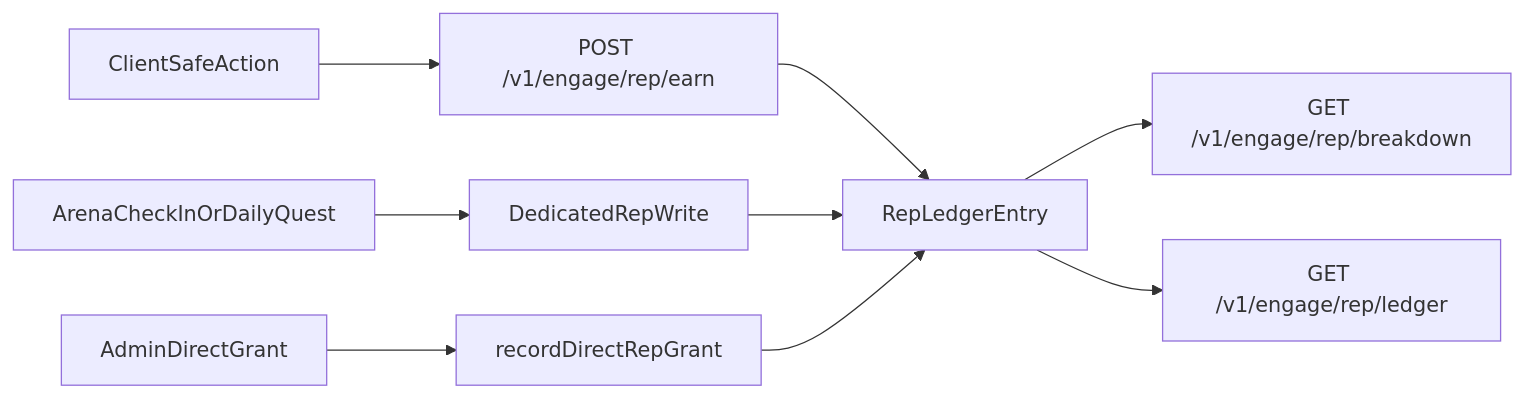
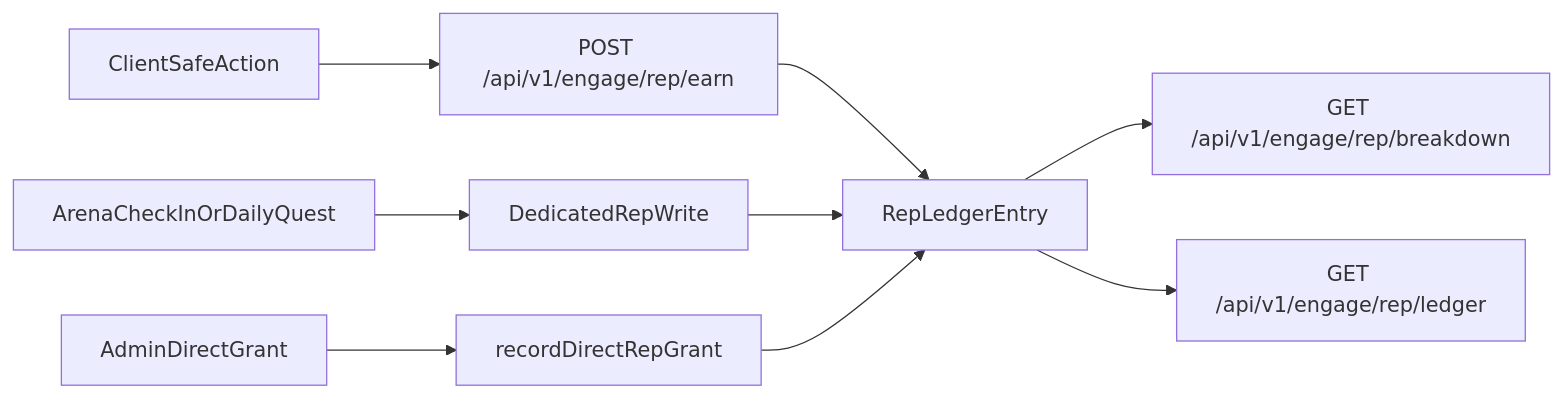
Before and after one commit to D-Sports-Ecosystem/docs: the diagram in repositories/d-sports-api/fan-rep/architecture.mdx, drawn with Mermaid. The commit also changed 35 other files, not shown here.

````diff
--- a/repositories/d-sports-api/fan-rep/architecture.mdx
+++ b/repositories/d-sports-api/fan-rep/architecture.mdx
@@ -42,11 +42,11 @@
 ```mermaid
 flowchart LR
-  clientAction[ClientSafeAction] --> earnRoute[POST /v1/engage/rep/earn]
+  clientAction[ClientSafeAction] --> earnRoute[POST /api/v1/engage/rep/earn]
   dedicatedRoute[ArenaCheckInOrDailyQuest] --> dedicatedWrite[DedicatedRepWrite]
   adminGrant[AdminDirectGrant] --> directWrite[recordDirectRepGrant]
   earnRoute --> ledger[RepLedgerEntry]
   dedicatedWrite --> ledger
   directWrite --> ledger
-  ledger --> breakdown[GET /v1/engage/rep/breakdown]
-  ledger --> history[GET /v1/engage/rep/ledger]
+  ledger --> breakdown[GET /api/v1/engage/rep/breakdown]
+  ledger --> history[GET /api/v1/engage/rep/ledger]
 ```
````
